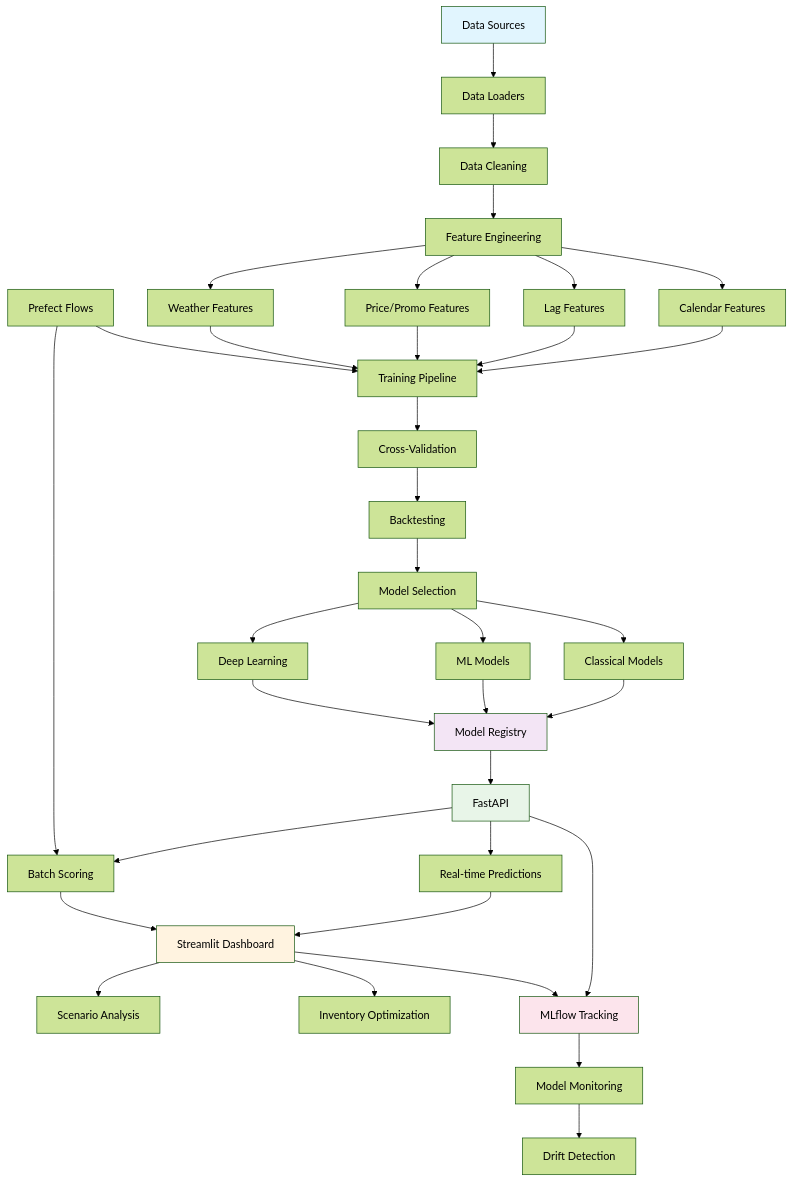
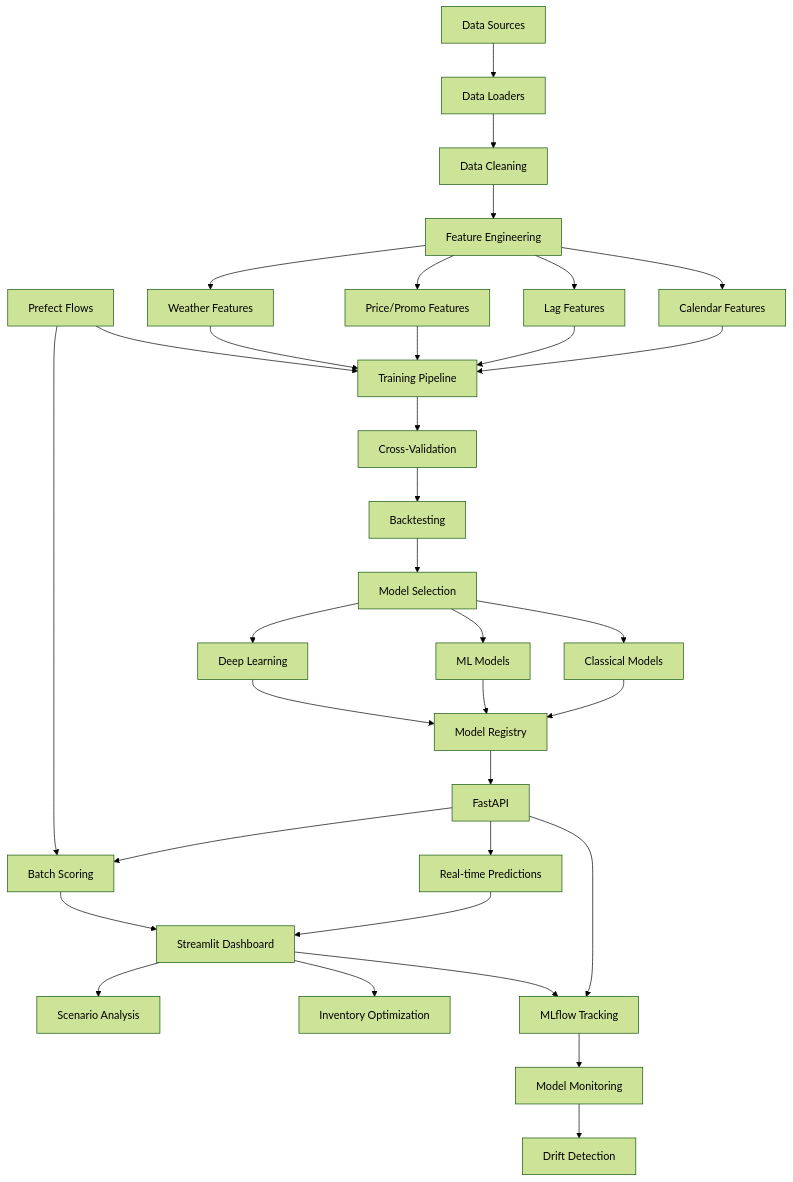
One commit to sarihammad/forecastit changed the diagram in README.md. Above: the diagram before and after it, drawn with Mermaid (forest theme). The commit also changed other lines of this file, not shown here.

````diff
--- a/README.md
+++ b/README.md
@@ -30,59 +21,55 @@
 ```mermaid
 graph TB
     %% Data Layer
     A[Data Sources] --> B[Data Loaders]
     B --> C[Data Cleaning]
     C --> D[Feature Engineering]
 
     %% Feature Store
     D --> E[Calendar Features]
     D --> F[Lag Features]
     D --> G[Price/Promo Features]
     D --> H[Weather Features]
 
     %% Model Training
     E --> I[Training Pipeline]
     F --> I
     G --> I
     H --> I
 
     I --> J[Cross-Validation]
     J --> K[Backtesting]
     K --> L[Model Selection]
 
     %% Model Families
     L --> M[Classical Models]
     L --> N[ML Models]
     L --> O[Deep Learning]
 
     M --> P[Model Registry]
     N --> P
     O --> P
 
     %% Inference
     P --> Q[FastAPI]
     Q --> R[Real-time Predictions]
     Q --> S[Batch Scoring]
 
     %% Business Intelligence
     R --> T[Streamlit Dashboard]
     S --> T
     T --> U[Scenario Analysis]
     T --> V[Inventory Optimization]
 
     %% Monitoring
     Q --> W[MLflow Tracking]
     T --> W
     W --> X[Model Monitoring]
     X --> Y[Drift Detection]
 
     %% Orchestration
     Z[Prefect Flows] --> I
     Z --> S
 
-    style A fill:#e1f5fe
-    style P fill:#f3e5f5
-    style Q fill:#e8f5e8
-    style T fill:#fff3e0
-    style W fill:#fce4ec
+    
 ```
````
